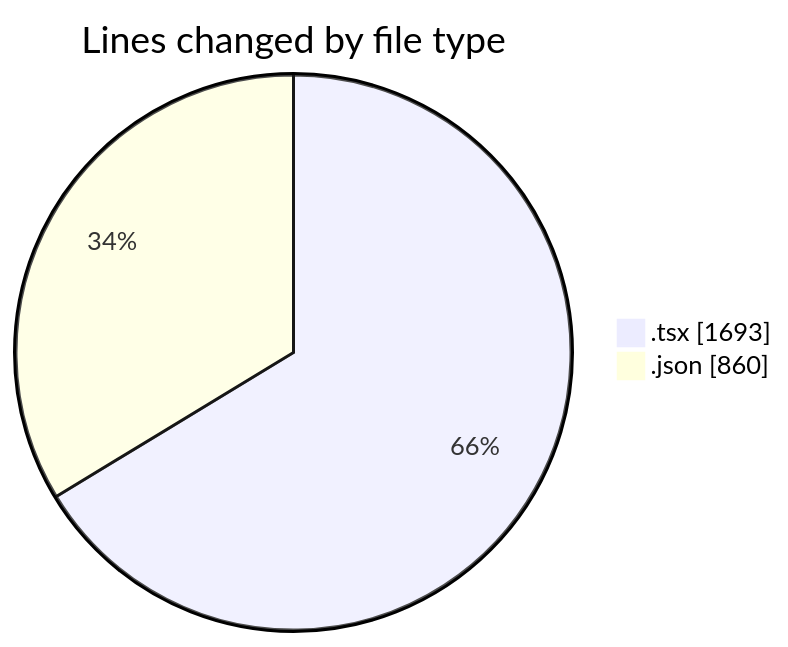
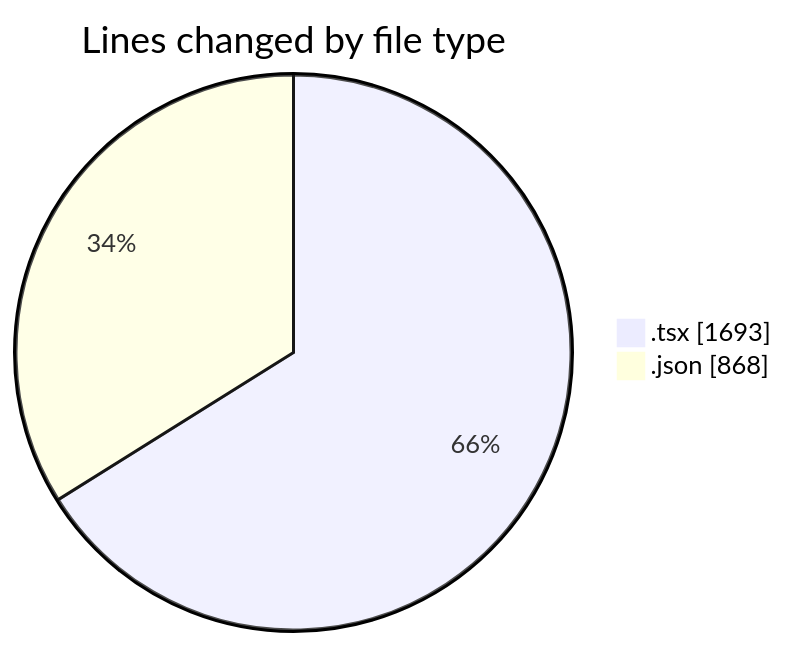
Before and after one commit to EIIisD/code-tracking: the first of 2 diagrams in 2025-08-13/ribbon/README.md, drawn with Mermaid. The commit also changed other lines of this file and 1 other file, not shown here.

````diff
--- a/2025-08-13/ribbon/README.md
+++ b/2025-08-13/ribbon/README.md
@@ -29,6 +29,6 @@
 ```mermaid
 pie showData
 title Lines changed by file type
 ".tsx" : 1693
-".json" : 860
+".json" : 868
 ```
````
